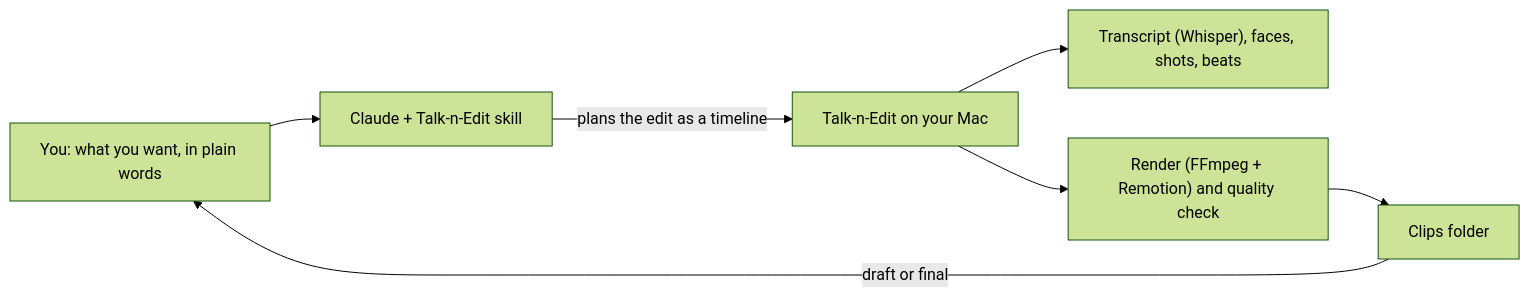
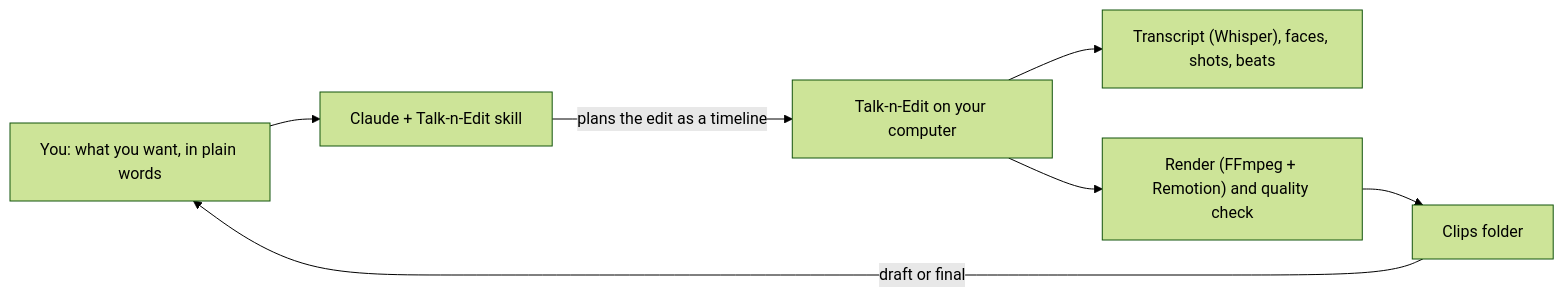
Before and after one commit to deepak199922/talk-n-edit: the diagram in README.md, drawn with Mermaid (forest theme). The commit also changed other lines of this file and 22 other files, not shown here.

````diff
--- a/README.md
+++ b/README.md
@@ -84,9 +96,9 @@
 ```mermaid
 flowchart LR
   you["You: what you want, in plain words"] --> claude["Claude + Talk-n-Edit skill"]
-  claude -- "plans the edit as a timeline" --> server["Talk-n-Edit on your Mac"]
+  claude -- "plans the edit as a timeline" --> server["Talk-n-Edit on your computer"]
   server --> analyse["Transcript (Whisper), faces, shots, beats"]
   server --> render["Render (FFmpeg + Remotion) and quality check"]
   render --> clips["Clips folder"]
   clips -- "draft or final" --> you
 ```
````
